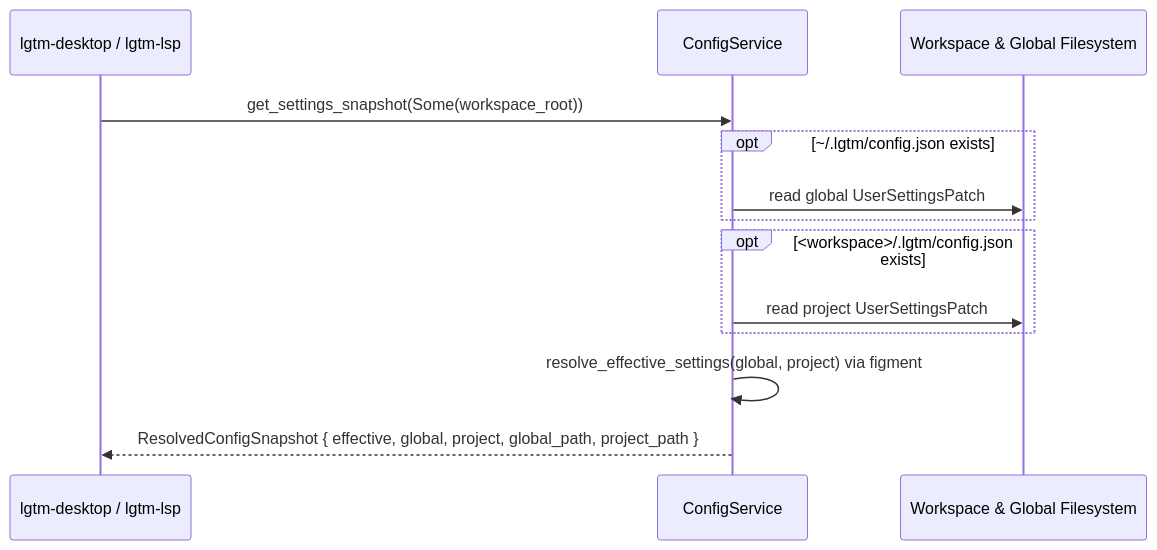
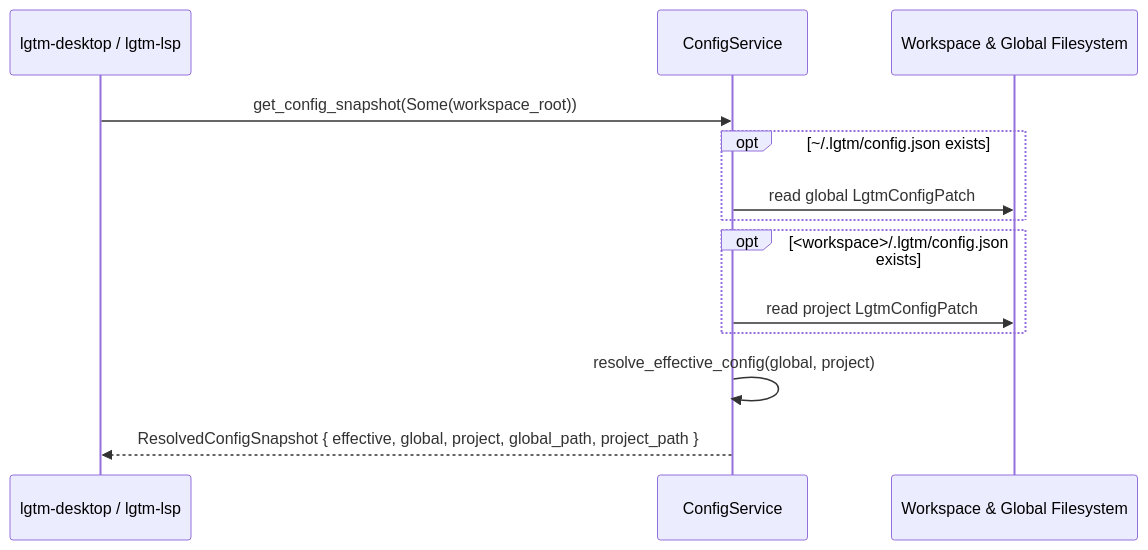
One commit to difflab-io/lgtm changed the second of 2 diagrams in docs/architecture/config/index.md. Above: the diagram before and after it, drawn with Mermaid. The commit also changed other lines of this file and 33 other files, not shown here.

Commit message:
refactor(config,env,desktop): unify LgtmConfig, add dev tool APIs, and split settings E2E

````diff
--- a/docs/architecture/config/index.md
+++ b/docs/architecture/config/index.md
@@ -78,16 +72,16 @@
 ```mermaid
 sequenceDiagram
     participant Caller as lgtm-desktop / lgtm-lsp
     participant CfgSvc as ConfigService
     participant Disk as Workspace & Global Filesystem
 
-    Caller->>CfgSvc: get_settings_snapshot(Some(workspace_root))
+    Caller->>CfgSvc: get_config_snapshot(Some(workspace_root))
     opt ~/.lgtm/config.json exists
-        CfgSvc->>Disk: read global UserSettingsPatch
+        CfgSvc->>Disk: read global LgtmConfigPatch
     end
     opt <workspace>/.lgtm/config.json exists
-        CfgSvc->>Disk: read project UserSettingsPatch
+        CfgSvc->>Disk: read project LgtmConfigPatch
     end
-    CfgSvc->>CfgSvc: resolve_effective_settings(global, project) via figment
+    CfgSvc->>CfgSvc: resolve_effective_config(global, project)
     CfgSvc-->>Caller: ResolvedConfigSnapshot { effective, global, project, global_path, project_path }
 ```
````
